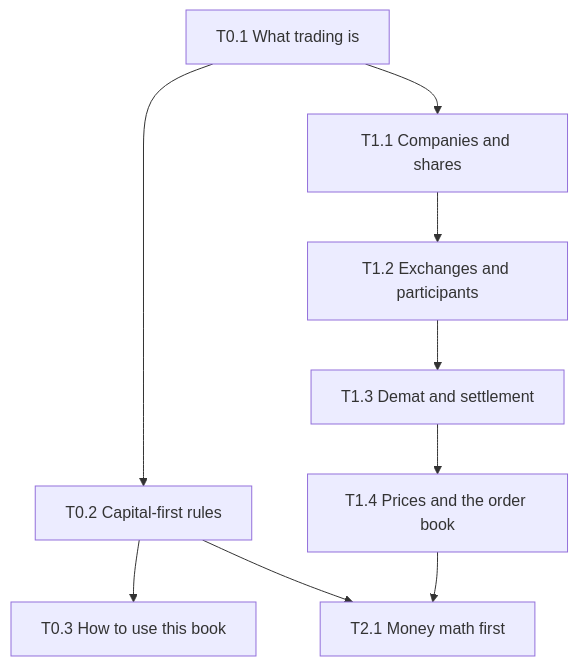
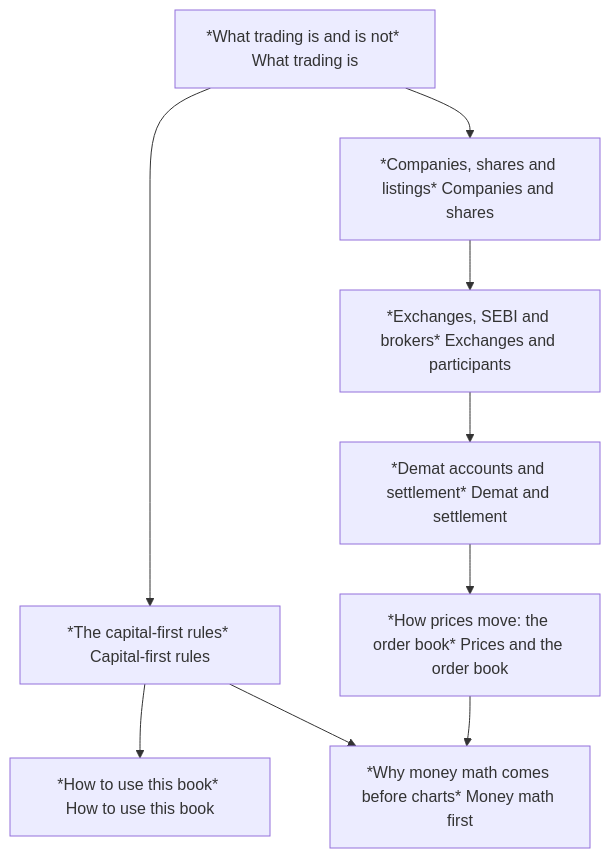
The second of 2 diagrams in mdbook/src/00-start-here/03-how-to-use-this-book/index.md (ranjeet-h/capital-first-trading), drawn with Mermaid before and after one commit. The commit also changed other lines of this file and 40 other files, not shown here.

````diff
--- a/mdbook/src/00-start-here/03-how-to-use-this-book/index.md
+++ b/mdbook/src/00-start-here/03-how-to-use-this-book/index.md
@@ -67,11 +67,11 @@
 ```mermaid
 flowchart TD
-  T01[T0.1 What trading is] --> T02[T0.2 Capital-first rules]
-  T02 --> T03[T0.3 How to use this book]
-  T01 --> T11[T1.1 Companies and shares]
-  T11 --> T12[T1.2 Exchanges and participants]
-  T12 --> T13[T1.3 Demat and settlement]
-  T13 --> T14[T1.4 Prices and the order book]
-  T02 --> T21[T2.1 Money math first]
+  T01[*What trading is and is not* What trading is] --> T02[*The capital-first rules* Capital-first rules]
+  T02 --> T03[*How to use this book* How to use this book]
+  T01 --> T11[*Companies, shares and listings* Companies and shares]
+  T11 --> T12[*Exchanges, SEBI and brokers* Exchanges and participants]
+  T12 --> T13[*Demat accounts and settlement* Demat and settlement]
+  T13 --> T14[*How prices move: the order book* Prices and the order book]
+  T02 --> T21[*Why money math comes before charts* Money math first]
   T14 --> T21
 ```
````
